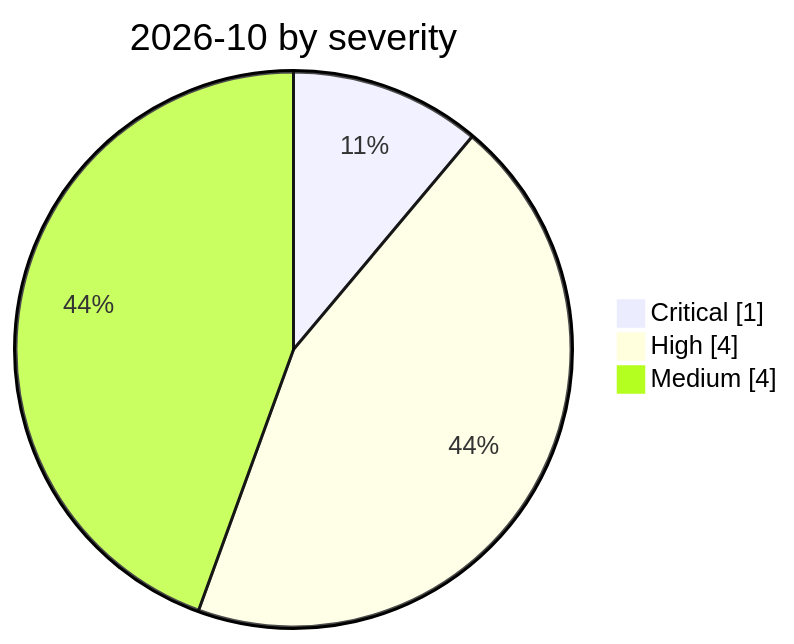
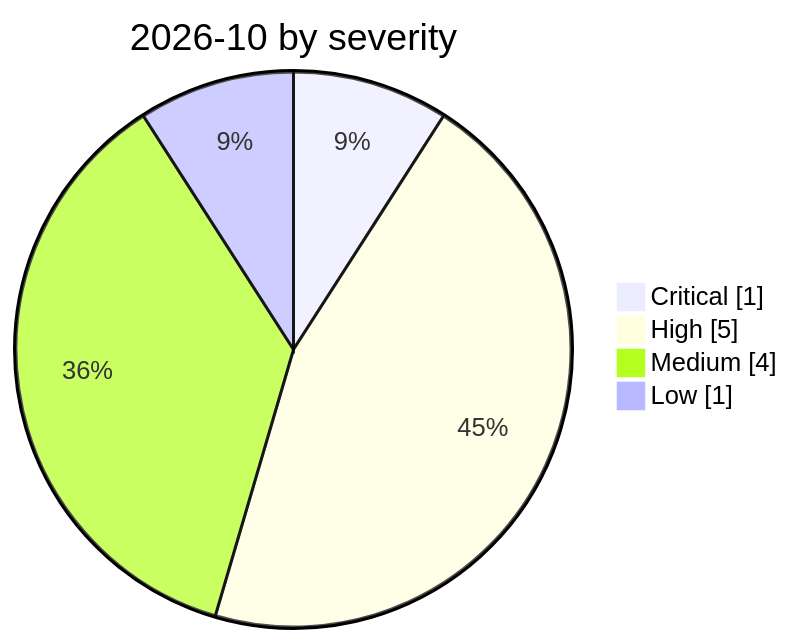
Before and after one commit to Continuum-AI-Corp/Orca-AI-Incident-Archive: the diagram in incidents/2026-10/README.md, drawn with Mermaid. The commit also changed other lines of this file and 42 other files, not shown here.

````diff
--- a/incidents/2026-10/README.md
+++ b/incidents/2026-10/README.md
@@ -8,7 +8,8 @@
 ```mermaid
 pie showData
     title 2026-10 by severity
     "Critical" : 1
-    "High" : 4
+    "High" : 5
     "Medium" : 4
+    "Low" : 1
 ```
````
